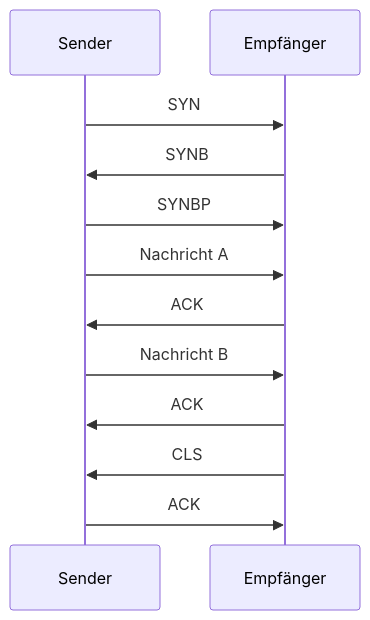
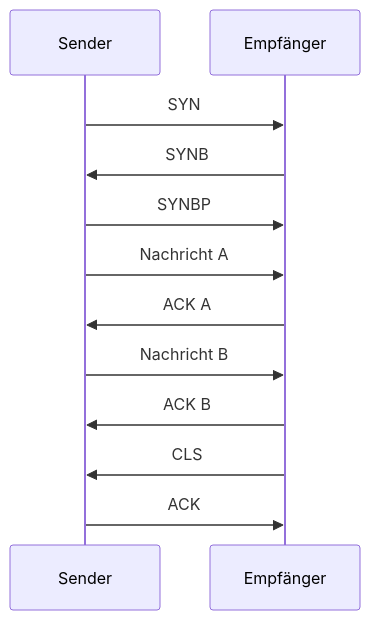
The seventh of 8 diagrams in content/4.Semester/Informatik/RNVS/RNVS-Übungblätter/ÜB 04/RNVS-Blatt-04.md (noluyorAbi/quartzDeployment), drawn with Mermaid before and after one commit. The commit also changed other lines of this file and 2 other files, not shown here.

````diff
--- a/content/4.Semester/Informatik/RNVS/RNVS-Übungblätter/ÜB 04/RNVS-Blatt-04.md
+++ b/content/4.Semester/Informatik/RNVS/RNVS-Übungblätter/ÜB 04/RNVS-Blatt-04.md
@@ -153,16 +174,16 @@
 ```mermaid
 sequenceDiagram
     participant S as Sender
     participant E as Empfänger
 
     S ->> E: SYN
     E ->> S: SYNB
     S ->> E: SYNBP
     S ->> E: Nachricht A
-    E ->> S: ACK
+    E ->> S: ACK A
     S ->> E: Nachricht B
-    E ->> S: ACK
+    E ->> S: ACK B
     E ->> S: CLS
     S ->> E: ACK
 
 ```
````
